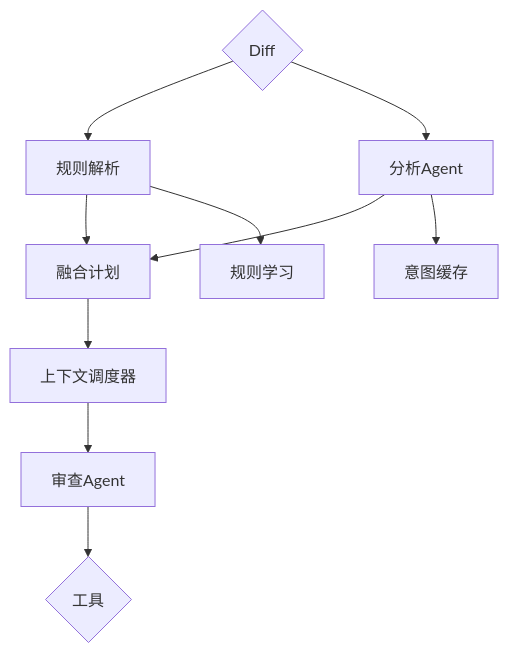
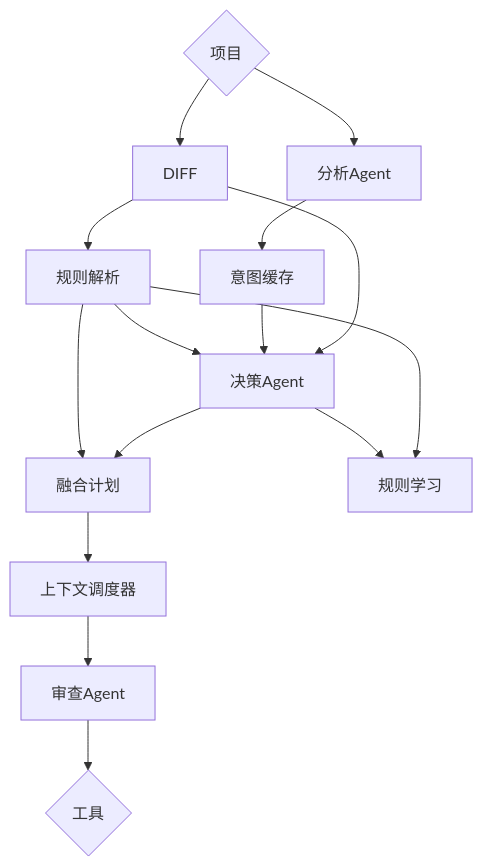
One commit to Gust-feng/DeltaConverge changed the fourth of 4 diagrams in etc/总规划.md. Above: the diagram before and after it, drawn with Mermaid. The commit also changed other lines of this file and 40 other files, not shown here.

````diff
--- a/etc/总规划.md
+++ b/etc/总规划.md
@@ -90,12 +90,17 @@
 ```mermaid
 flowchart TD
-    A{Diff} --> B[规则解析]
-    A --> C[分析Agent]
+	X{项目} --> A[DIFF]
+	X --> Z[分析Agent]
+    A --> B[规则解析]
+    B --> C
+	H -->C
+    A --> C[决策Agent]
     B --> D[融合计划]
     C --> D
+    C --> I
     D --> E[上下文调度器]
     E --> F[审查Agent]
     F --> G{工具}
-    C --> H[意图缓存]
+    Z --> H[意图缓存]
     B --> I[规则学习]
 ```
````
